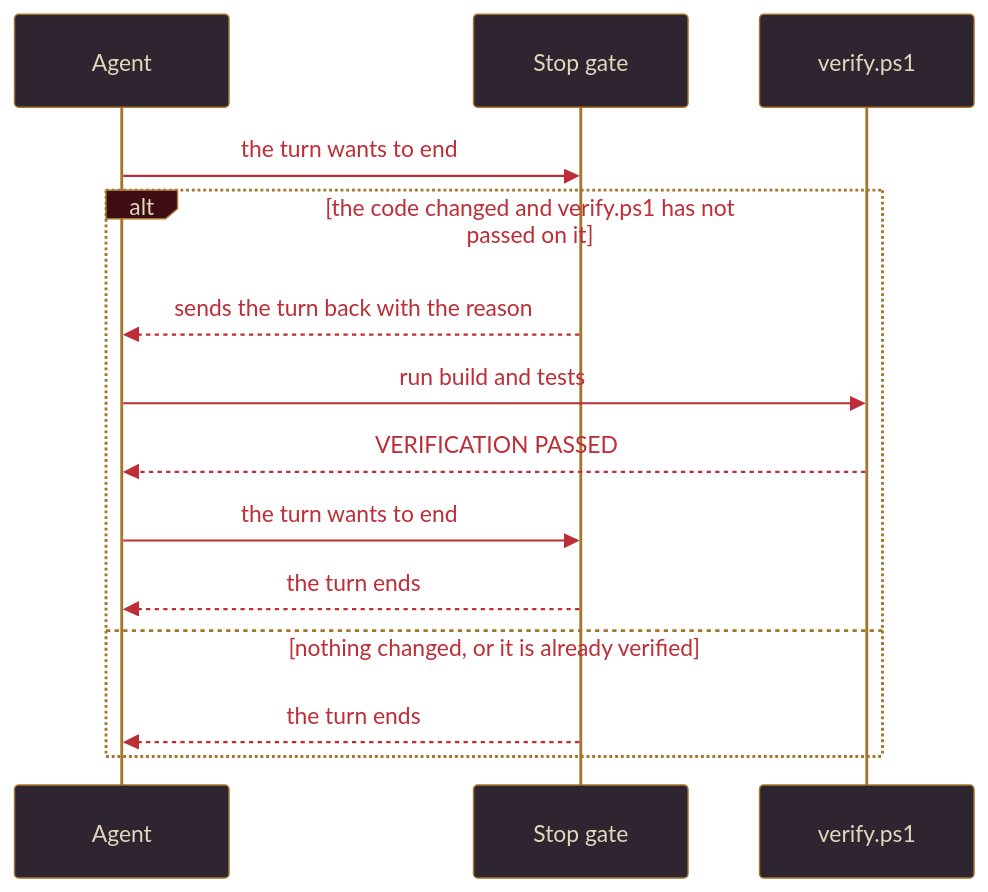
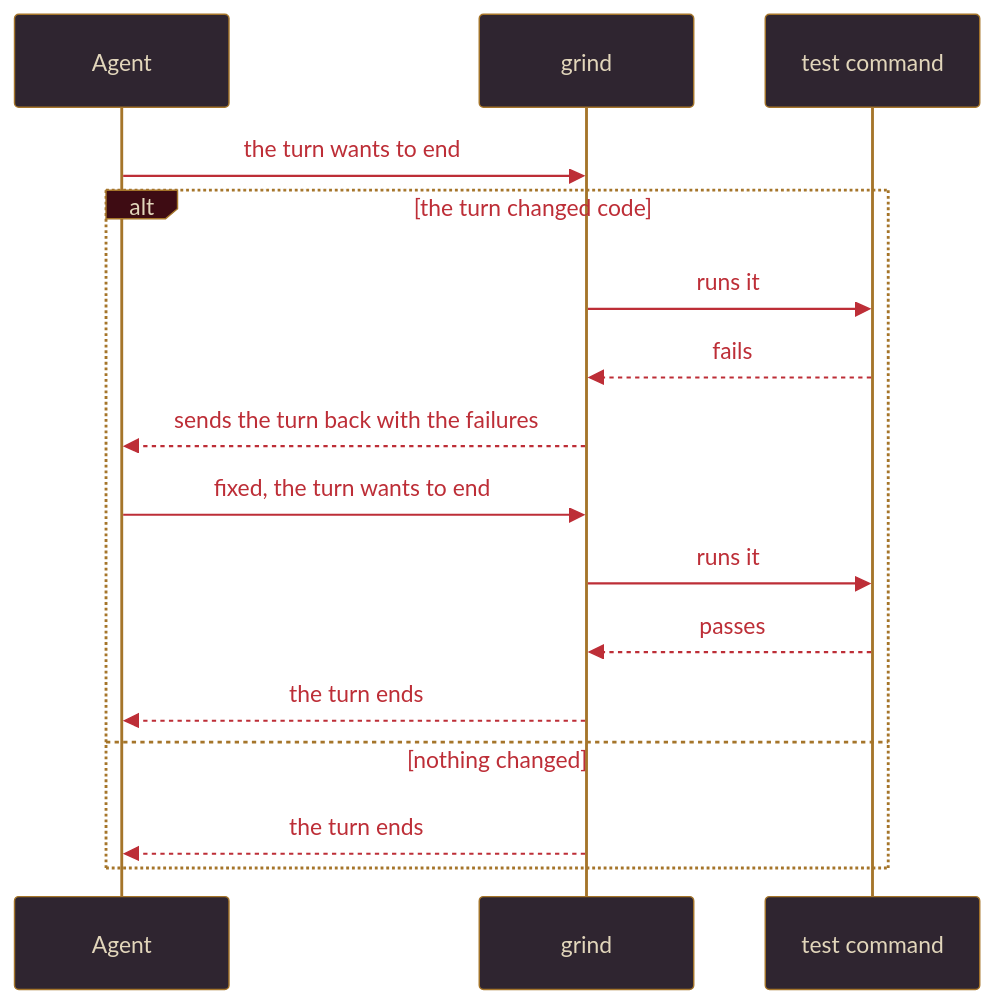
Before and after one commit to AlfredoNeeto/tazuna: the fourth of 4 diagrams in README.md, drawn with Mermaid. The commit also changed other lines of this file and 4 other files, not shown here.

````diff
--- a/README.md
+++ b/README.md
@@ -221,17 +224,19 @@
 ```mermaid
 %%{init: {'theme': 'base', 'themeVariables': {'primaryColor': '#2f2530', 'primaryTextColor': '#e2d6bb', 'primaryBorderColor': '#a5752a', 'lineColor': '#bd2e37', 'actorBkg': '#2f2530', 'actorBorder': '#a5752a', 'actorTextColor': '#e2d6bb', 'signalColor': '#bd2e37', 'signalTextColor': '#bd2e37', 'labelBoxBkgColor': '#3e0c13', 'labelBoxBorderColor': '#a5752a', 'labelTextColor': '#e2d6bb', 'loopTextColor': '#bd2e37', 'fontFamily': 'Georgia, serif'}}}%%
 sequenceDiagram
     participant A as Agent
-    participant G as Stop gate
-    participant V as verify.ps1
+    participant G as grind
+    participant T as test command
     A->>G: the turn wants to end
-    alt the code changed and verify.ps1 has not passed on it
-        G-->>A: sends the turn back with the reason
-        A->>V: run build and tests
-        V-->>A: VERIFICATION PASSED
-        A->>G: the turn wants to end
+    alt the turn changed code
+        G->>T: runs it
+        T-->>G: fails
+        G-->>A: sends the turn back with the failures
+        A->>G: fixed, the turn wants to end
+        G->>T: runs it
+        T-->>G: passes
         G-->>A: the turn ends
-    else nothing changed, or it is already verified
+    else nothing changed
         G-->>A: the turn ends
     end
 ```
````
